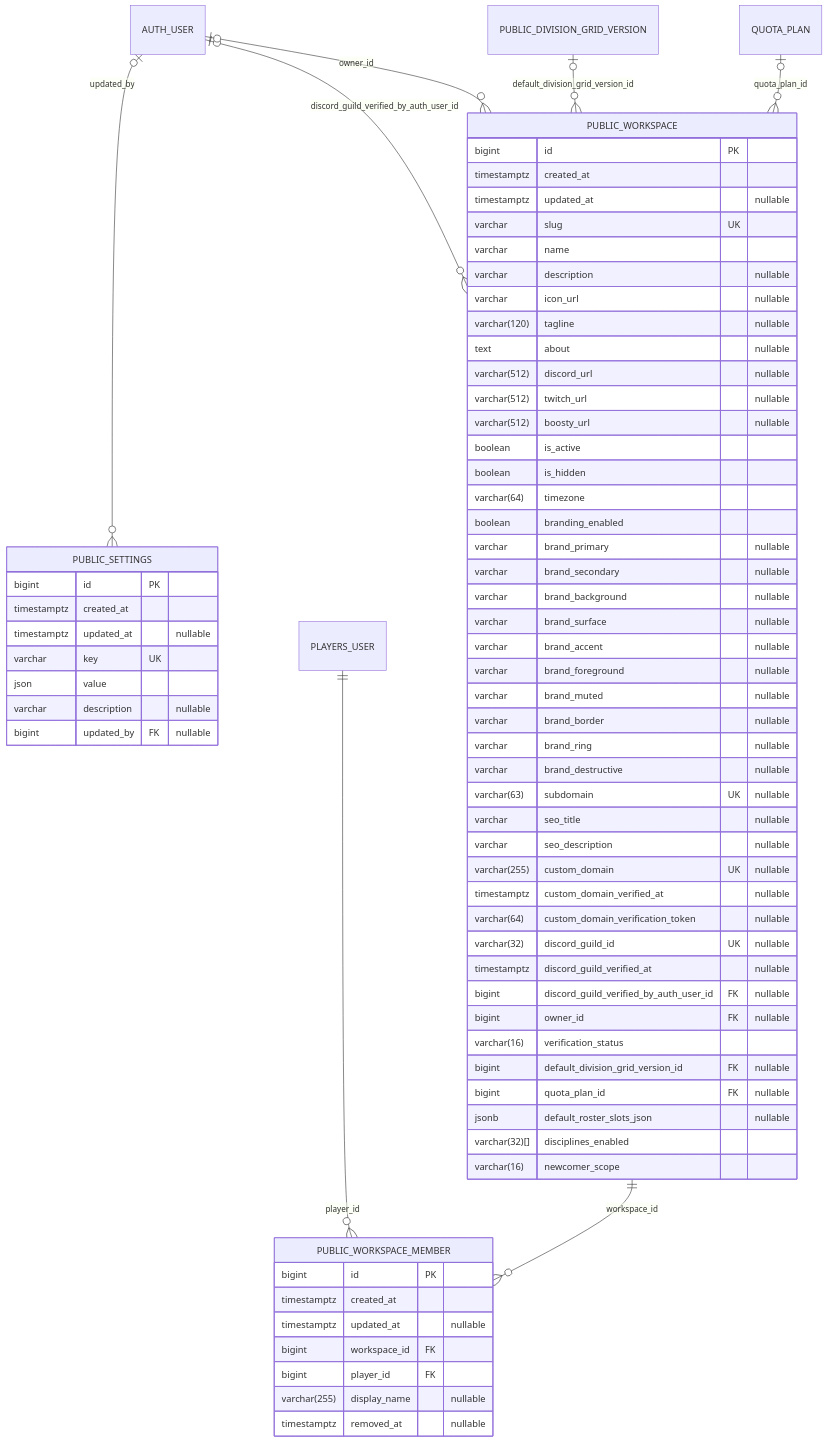
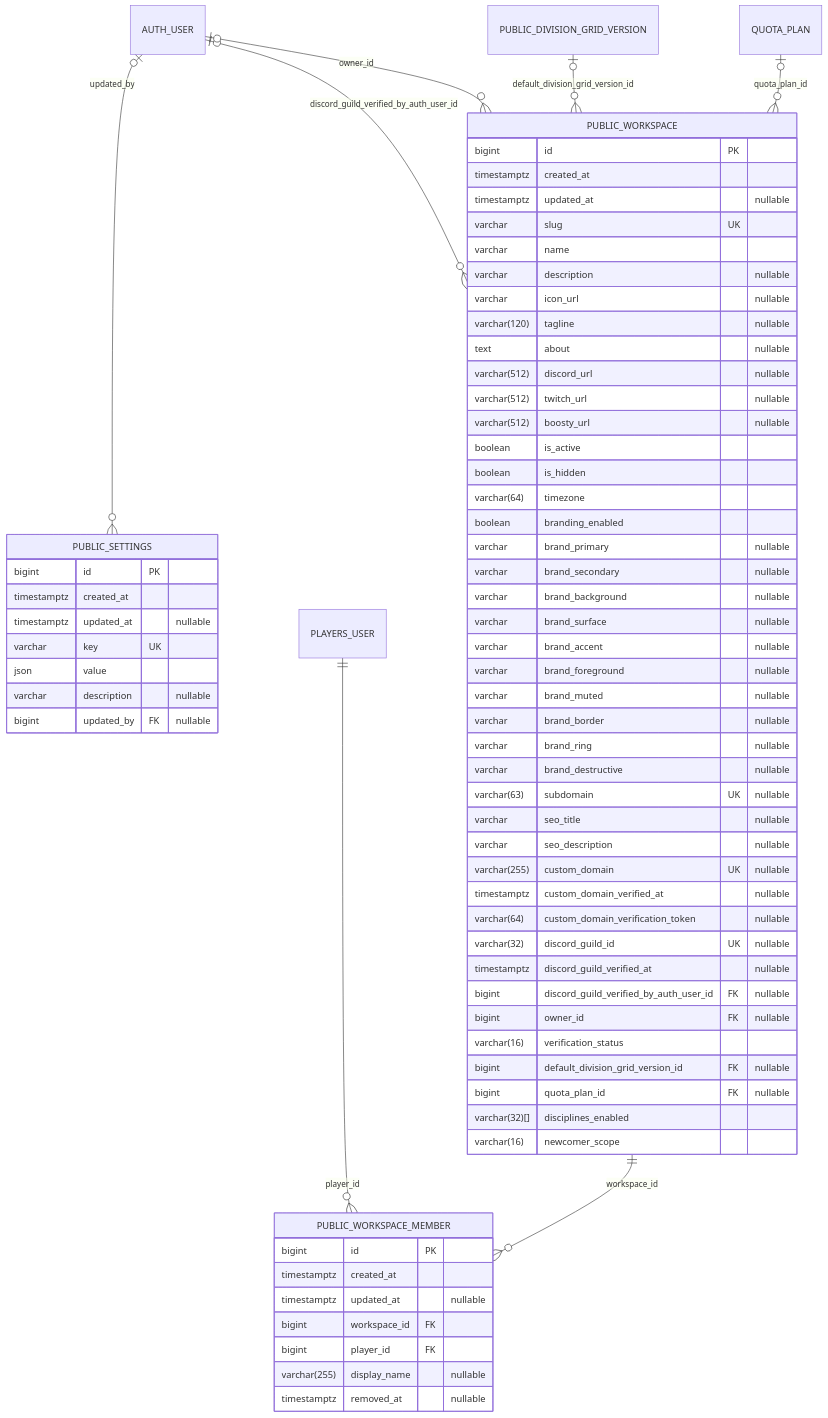
Before and after one commit to CraazzzyyFoxx/anak-tournaments: the third of 21 diagrams in docs/database_erd.md, drawn with Mermaid. The commit also changed other lines of this file and 154 other files, not shown here.

````diff
--- a/docs/database_erd.md
+++ b/docs/database_erd.md
@@ -417,73 +418,72 @@
 ```mermaid
 erDiagram
     PUBLIC_SETTINGS {
         bigint id PK
         timestamptz created_at
         timestamptz updated_at "nullable"
         varchar key UK
         json value
         varchar description "nullable"
         bigint updated_by FK "nullable"
     }
     PUBLIC_WORKSPACE {
         bigint id PK
         timestamptz created_at
         timestamptz updated_at "nullable"
         varchar slug UK
         varchar name
         varchar description "nullable"
         varchar icon_url "nullable"
         varchar(120) tagline "nullable"
         text about "nullable"
         varchar(512) discord_url "nullable"
         varchar(512) twitch_url "nullable"
         varchar(512) boosty_url "nullable"
         boolean is_active
         boolean is_hidden
         varchar(64) timezone
         boolean branding_enabled
         varchar brand_primary "nullable"
         varchar brand_secondary "nullable"
         varchar brand_background "nullable"
         varchar brand_surface "nullable"
         varchar brand_accent "nullable"
         varchar brand_foreground "nullable"
         varchar brand_muted "nullable"
         varchar brand_border "nullable"
         varchar brand_ring "nullable"
         varchar brand_destructive "nullable"
         varchar(63) subdomain UK "nullable"
         varchar seo_title "nullable"
         varchar seo_description "nullable"
         varchar(255) custom_domain UK "nullable"
         timestamptz custom_domain_verified_at "nullable"
         varchar(64) custom_domain_verification_token "nullable"
         varchar(32) discord_guild_id UK "nullable"
         timestamptz discord_guild_verified_at "nullable"
         bigint discord_guild_verified_by_auth_user_id FK "nullable"
         bigint owner_id FK "nullable"
         varchar(16) verification_status
         bigint default_division_grid_version_id FK "nullable"
         bigint quota_plan_id FK "nullable"
-        jsonb default_roster_slots_json "nullable"
         varchar(32)[] disciplines_enabled
         varchar(16) newcomer_scope
     }
     PUBLIC_WORKSPACE_MEMBER {
         bigint id PK
         timestamptz created_at
         timestamptz updated_at "nullable"
         bigint workspace_id FK
         bigint player_id FK
         varchar(255) display_name "nullable"
         timestamptz removed_at "nullable"
     }
 
     AUTH_USER |o--o{ PUBLIC_SETTINGS : "updated_by"
     AUTH_USER |o--o{ PUBLIC_WORKSPACE : "discord_guild_verified_by_auth_user_id"
     AUTH_USER |o--o{ PUBLIC_WORKSPACE : "owner_id"
     PLAYERS_USER ||--o{ PUBLIC_WORKSPACE_MEMBER : "player_id"
     PUBLIC_DIVISION_GRID_VERSION |o--o{ PUBLIC_WORKSPACE : "default_division_grid_version_id"
     PUBLIC_WORKSPACE ||--o{ PUBLIC_WORKSPACE_MEMBER : "workspace_id"
     QUOTA_PLAN |o--o{ PUBLIC_WORKSPACE : "quota_plan_id"
 ```
````
